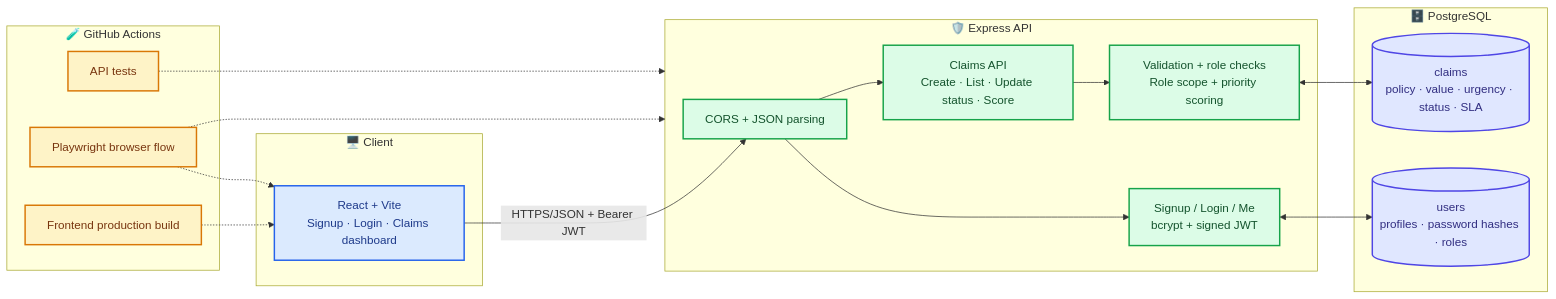
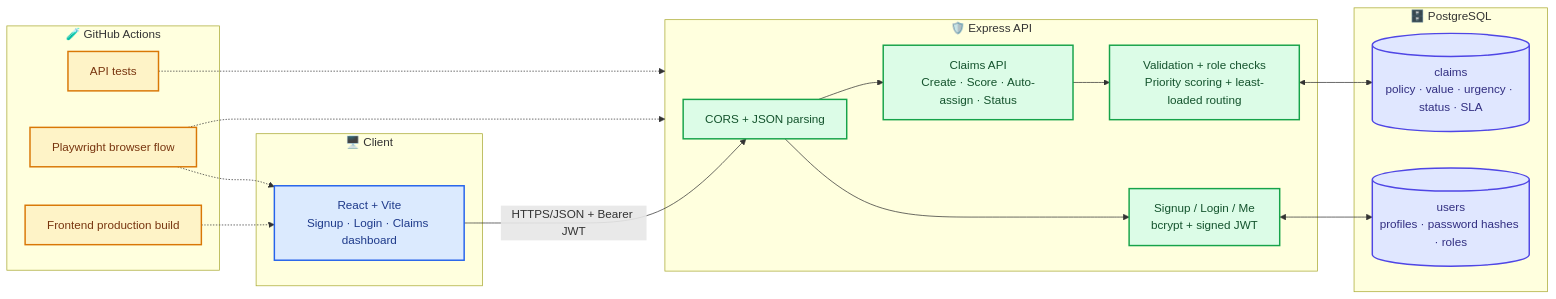
One commit to Neemasree/CLAIMSYNC changed the diagram in docs/architecture.mmd. Above: the diagram before and after it, drawn with Mermaid.

Commit message:
docs: reflect automatic claim routing

```diff
--- a/docs/architecture.mmd
+++ b/docs/architecture.mmd
@@ -1,37 +1,37 @@
 flowchart LR
   subgraph CLIENT["🖥️ Client"]
     UI["React + Vite<br/>Signup · Login · Claims dashboard"]
   end
   subgraph SERVER["🛡️ Express API"]
     CORS["CORS + JSON parsing"]
     AUTH["Signup / Login / Me<br/>bcrypt + signed JWT"]
-    CLAIMS["Claims API<br/>Create · List · Update status · Score"]
-    RULES["Validation + role checks<br/>Role scope + priority scoring"]
+    CLAIMS["Claims API<br/>Create · Score · Auto-assign · Status"]
+    RULES["Validation + role checks<br/>Priority scoring + least-loaded routing"]
   end
   subgraph DATA["🗄️ PostgreSQL"]
     USERS[("users<br/>profiles · password hashes · roles")]
     CLAIMDB[("claims<br/>policy · value · urgency · status · SLA")]
   end
   subgraph QUALITY["🧪 GitHub Actions"]
     API_TEST["API tests"]
     E2E["Playwright browser flow"]
     BUILD["Frontend production build"]
   end
   UI -->|"HTTPS/JSON + Bearer JWT"| CORS
   CORS --> AUTH
   CORS --> CLAIMS
   CLAIMS --> RULES
   AUTH <--> USERS
   RULES <--> CLAIMDB
   API_TEST -.-> SERVER
   E2E -.-> UI
   E2E -.-> SERVER
   BUILD -.-> UI
   classDef client fill:#DBEAFE,stroke:#2563EB,color:#1E3A8A,stroke-width:2px
   classDef api fill:#DCFCE7,stroke:#16A34A,color:#14532D,stroke-width:2px
   classDef data fill:#E0E7FF,stroke:#4F46E5,color:#312E81,stroke-width:2px
   classDef quality fill:#FEF3C7,stroke:#D97706,color:#78350F,stroke-width:2px
   class UI client
   class CORS,AUTH,CLAIMS,RULES api
   class USERS,CLAIMDB data
   class API_TEST,E2E,BUILD quality
```
